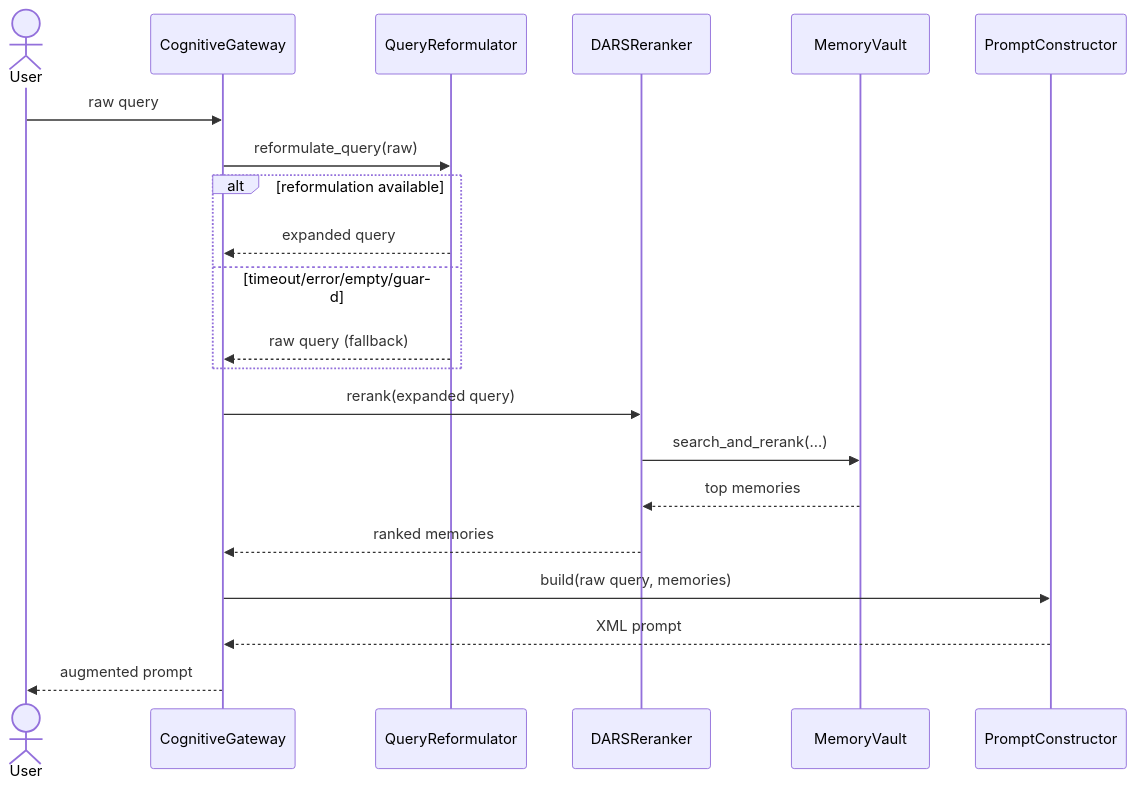
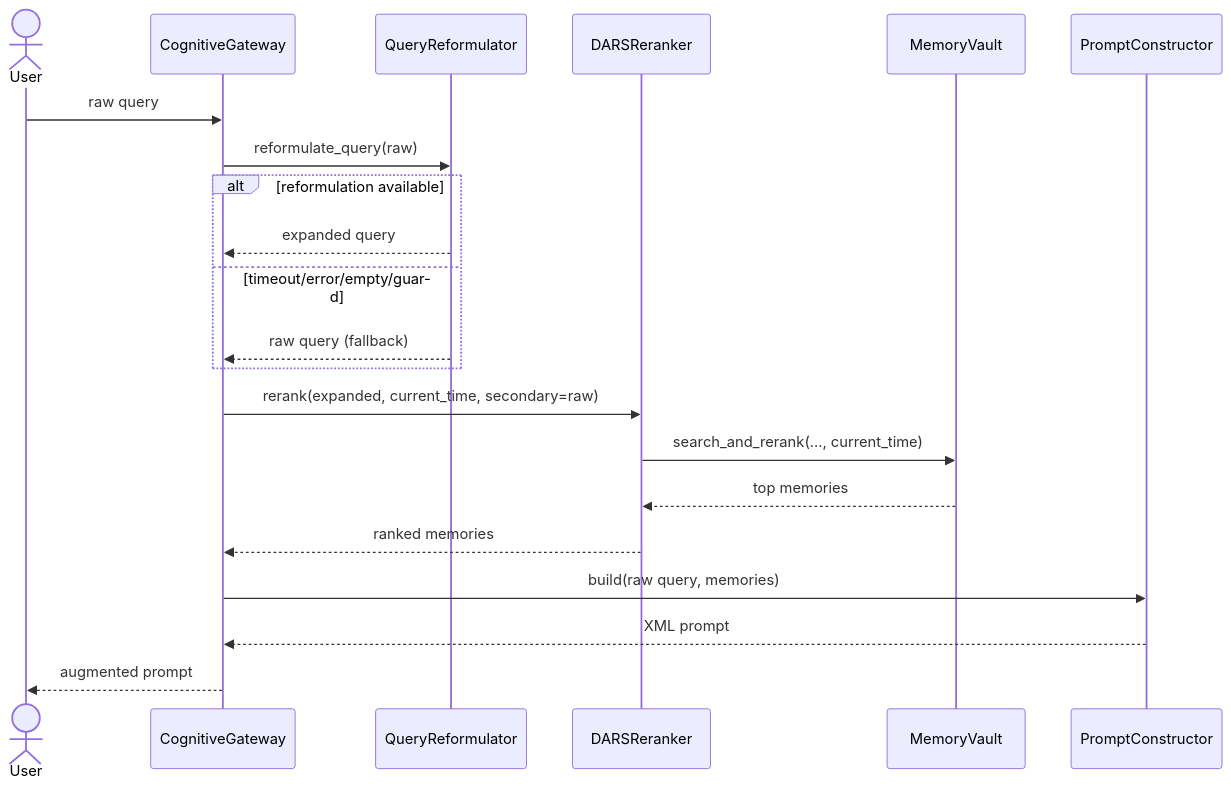
The second of 4 diagrams in Architecture.md (HemanthBangera/Dynamic-Adaptive-Retention-Framework), drawn with Mermaid before and after one commit. The commit also changed other lines of this file and 30 other files, not shown here.

````diff
--- a/Architecture.md
+++ b/Architecture.md
@@ -271,24 +273,24 @@
 ```mermaid
 sequenceDiagram
     actor User
     participant G as CognitiveGateway
     participant R as QueryReformulator
     participant RR as DARSReranker
     participant V as MemoryVault
     participant P as PromptConstructor
 
     User->>G: raw query
     G->>R: reformulate_query(raw)
     alt reformulation available
       R-->>G: expanded query
     else timeout/error/empty/guard
       R-->>G: raw query (fallback)
     end
-    G->>RR: rerank(expanded query)
-    RR->>V: search_and_rerank(...)
+    G->>RR: rerank(expanded, current_time, secondary=raw)
+    RR->>V: search_and_rerank(..., current_time)
     V-->>RR: top memories
     RR-->>G: ranked memories
     G->>P: build(raw query, memories)
     P-->>G: XML prompt
     G-->>User: augmented prompt
 ```
````
